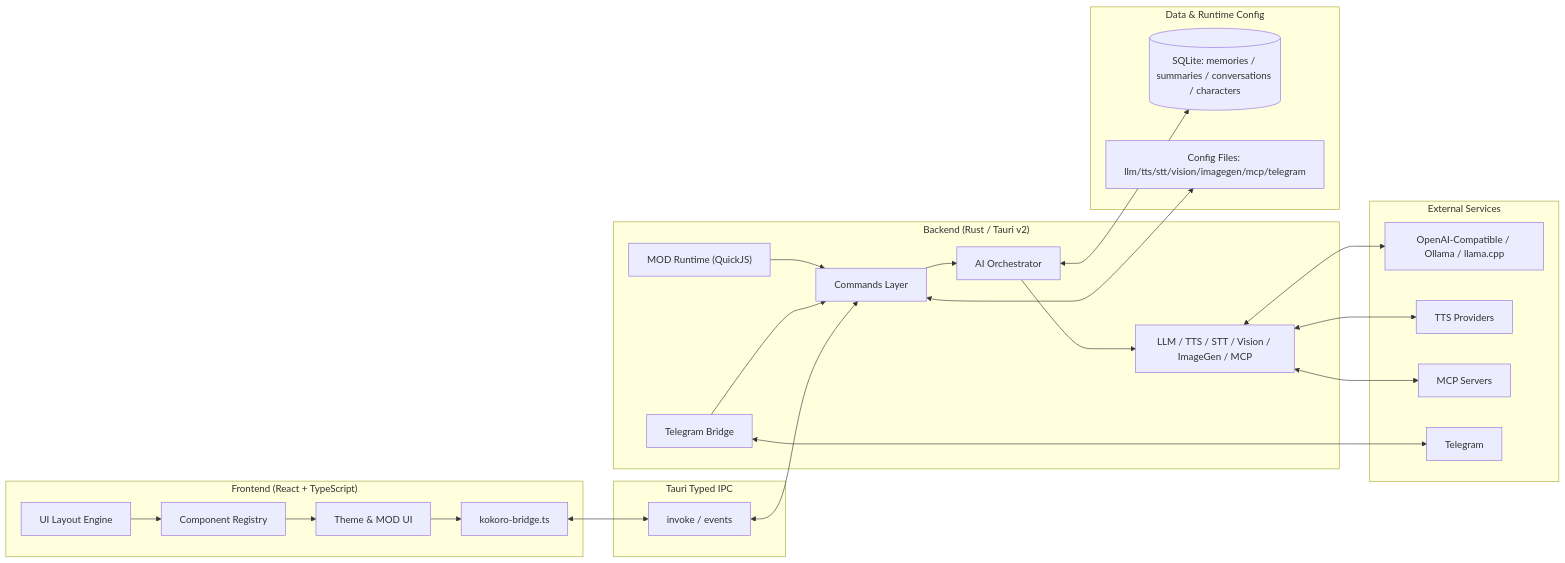
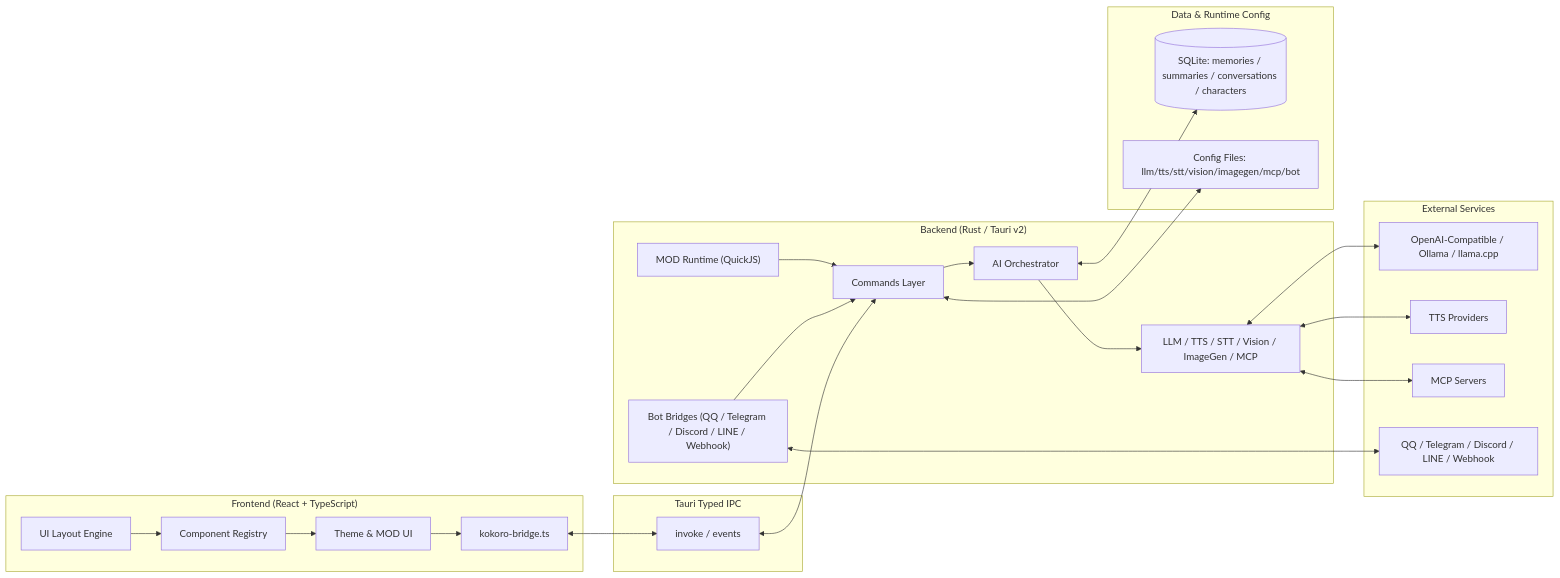
One commit to chyinan/Kokoro-Engine changed the diagram in README.md. Above: the diagram before and after it, drawn with Mermaid. The commit also changed other lines of this file and 5 other files, not shown here.

````diff
--- a/README.md
+++ b/README.md
@@ -130,51 +134,51 @@
 ```mermaid
 flowchart LR
   subgraph FE["Frontend (React + TypeScript)"]
     FE_UI["UI Layout Engine"]
     FE_REG["Component Registry"]
     FE_THEME["Theme & MOD UI"]
     FE_BRIDGE["kokoro-bridge.ts"]
     FE_UI --> FE_REG
     FE_REG --> FE_THEME
     FE_THEME --> FE_BRIDGE
   end
 
   subgraph IPC["Tauri Typed IPC"]
     IPC_INVOKE["invoke / events"]
   end
 
   subgraph BE["Backend (Rust / Tauri v2)"]
     BE_CMD["Commands Layer"]
     BE_ORCH["AI Orchestrator"]
     BE_MULTI["LLM / TTS / STT / Vision / ImageGen / MCP"]
     BE_MOD["MOD Runtime (QuickJS)"]
-    BE_TG["Telegram Bridge"]
+    BE_BOT["Bot Bridges (QQ / Telegram / Discord / LINE / Webhook)"]
     BE_CMD --> BE_ORCH
     BE_ORCH --> BE_MULTI
     BE_MOD --> BE_CMD
-    BE_TG --> BE_CMD
+    BE_BOT --> BE_CMD
   end
 
   subgraph DATA["Data & Runtime Config"]
     DB[("SQLite: memories / summaries / conversations / characters")]
-    CFG["Config Files: llm/tts/stt/vision/imagegen/mcp/telegram"]
+    CFG["Config Files: llm/tts/stt/vision/imagegen/mcp/bot"]
   end
 
   subgraph EXT["External Services"]
     EXT_LLM["OpenAI-Compatible / Ollama / llama.cpp"]
     EXT_TTS["TTS Providers"]
     EXT_MCP["MCP Servers"]
-    EXT_TG["Telegram"]
+    EXT_BOT["QQ / Telegram / Discord / LINE / Webhook"]
   end
 
   FE_BRIDGE <--> IPC_INVOKE
   IPC_INVOKE <--> BE_CMD
 
   BE_MULTI <--> EXT_LLM
   BE_MULTI <--> EXT_TTS
   BE_MULTI <--> EXT_MCP
-  BE_TG <--> EXT_TG
+  BE_BOT <--> EXT_BOT
 
   BE_ORCH <--> DB
   BE_CMD <--> CFG
 ```
````
